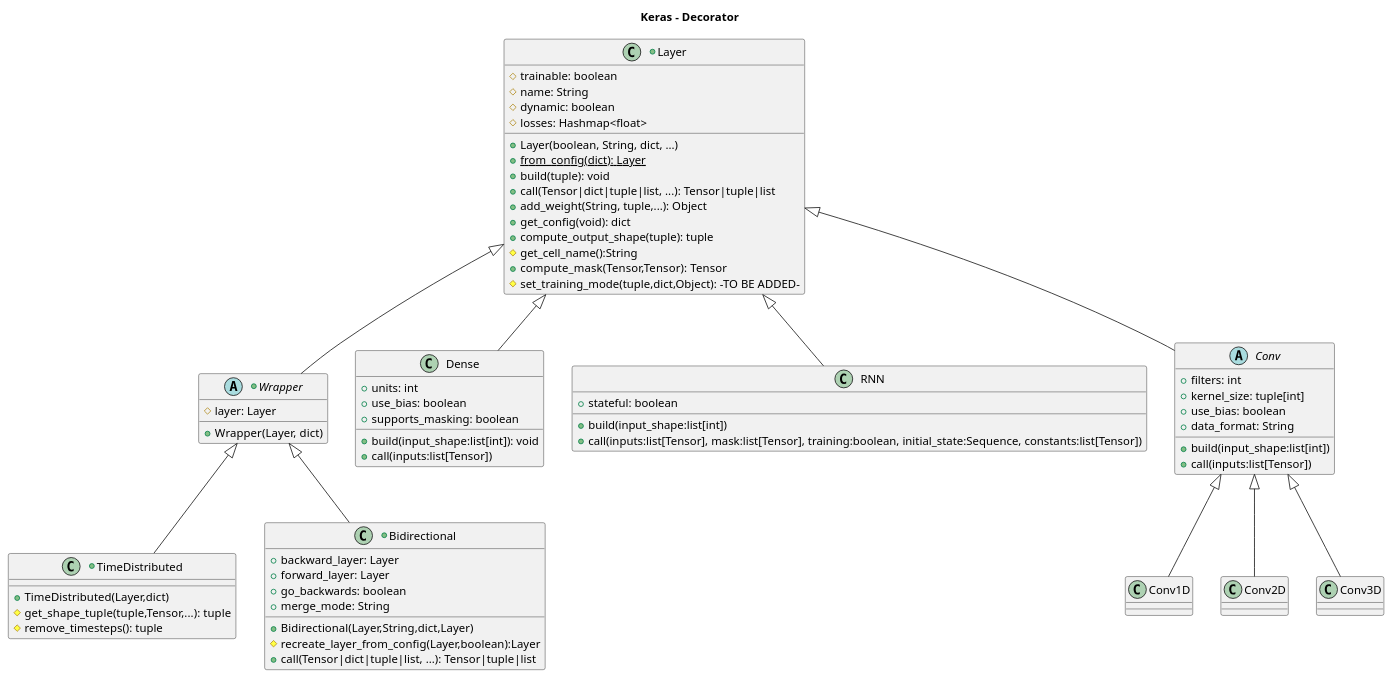
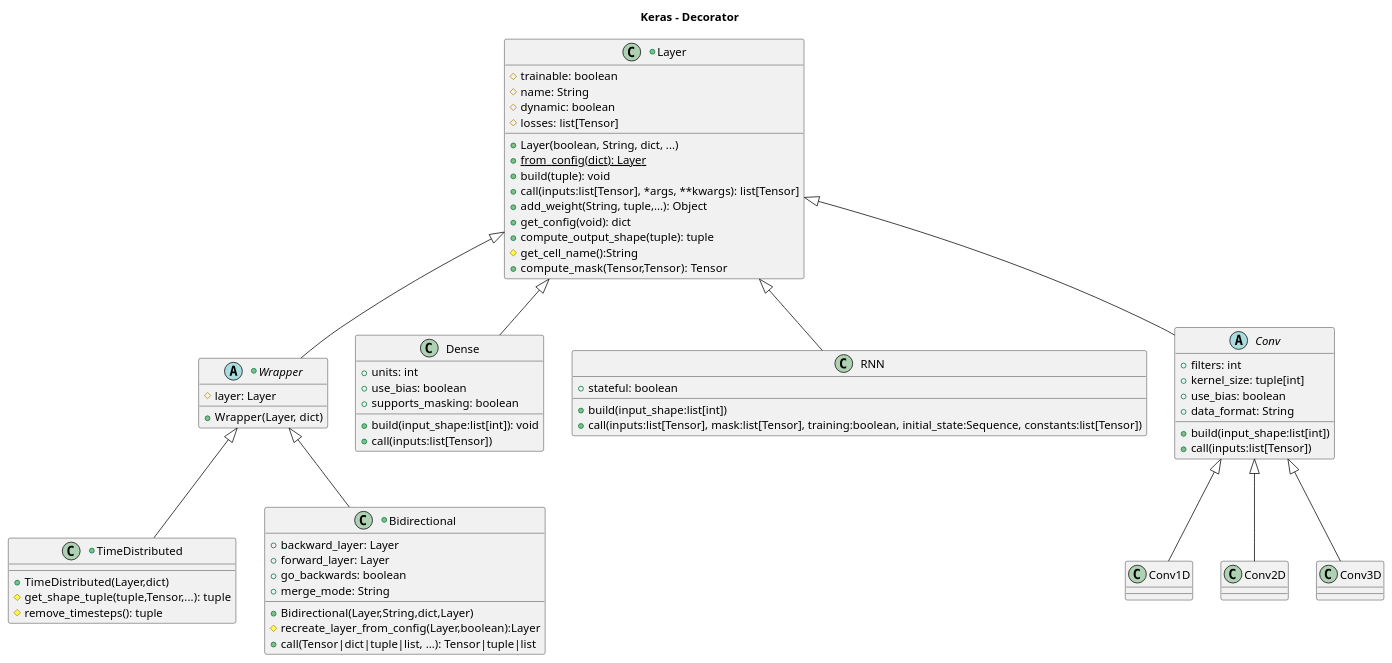
Before and after one commit to pholpaphankorn/keras_softarch_assignment: the diagram in uml_diagram/src/keras_wrapper.puml, drawn with PlantUML.

Commit message:
update something

```diff
--- a/uml_diagram/src/keras_wrapper.puml
+++ b/uml_diagram/src/keras_wrapper.puml
@@ -1,74 +1,73 @@
 @startuml
 
 title Keras - Decorator
     
 
 +abstract class Wrapper extends Layer{
     # layer: Layer
     + Wrapper(Layer, dict)
     
 }
 
 +class Layer{
     # trainable: boolean
     # name: String
     # dynamic: boolean
-    # losses: Hashmap<float>
+    # losses: list[Tensor]
     + Layer(boolean, String, dict, ...)
     +{static}from_config(dict): Layer
     + build(tuple): void
-    + call(Tensor|dict|tuple|list, ...): Tensor|tuple|list
+    + call(inputs:list[Tensor], *args, **kwargs): list[Tensor]
     + add_weight(String, tuple,...): Object
     + get_config(void): dict
     + compute_output_shape(tuple): tuple
     # get_cell_name():String
     + compute_mask(Tensor,Tensor): Tensor
-    # set_training_mode(tuple,dict,Object): -TO BE ADDED-
 }
 
 +class TimeDistributed extends Wrapper{
     + TimeDistributed(Layer,dict)
     # get_shape_tuple(tuple,Tensor,...): tuple
     # remove_timesteps(): tuple
 }
 class Dense extends Layer {
     +build(input_shape:list[int]): void
     +call(inputs:list[Tensor])
     +units: int
     +use_bias: boolean
     +supports_masking: boolean
 }
 
 class RNN extends Layer {
     +build(input_shape:list[int])
     +call(inputs:list[Tensor], mask:list[Tensor], training:boolean, initial_state:Sequence, constants:list[Tensor])
     +stateful: boolean
 }
 
 abstract class Conv extends Layer {
     +build(input_shape:list[int])
     +call(inputs:list[Tensor])
     +filters: int
     +kernel_size: tuple[int]
     +use_bias: boolean
     +data_format: String
 }
 class Conv1D extends Conv{
     
 }
 class Conv2D extends Conv{
 
 }
 class Conv3D extends Conv{
     
 }
 +class Bidirectional extends Wrapper{
     + Bidirectional(Layer,String,dict,Layer)
     + backward_layer: Layer
     + forward_layer: Layer
     + go_backwards: boolean
     + merge_mode: String
     # recreate_layer_from_config(Layer,boolean):Layer
     + call(Tensor|dict|tuple|list, ...): Tensor|tuple|list
 }
 @enduml
```
